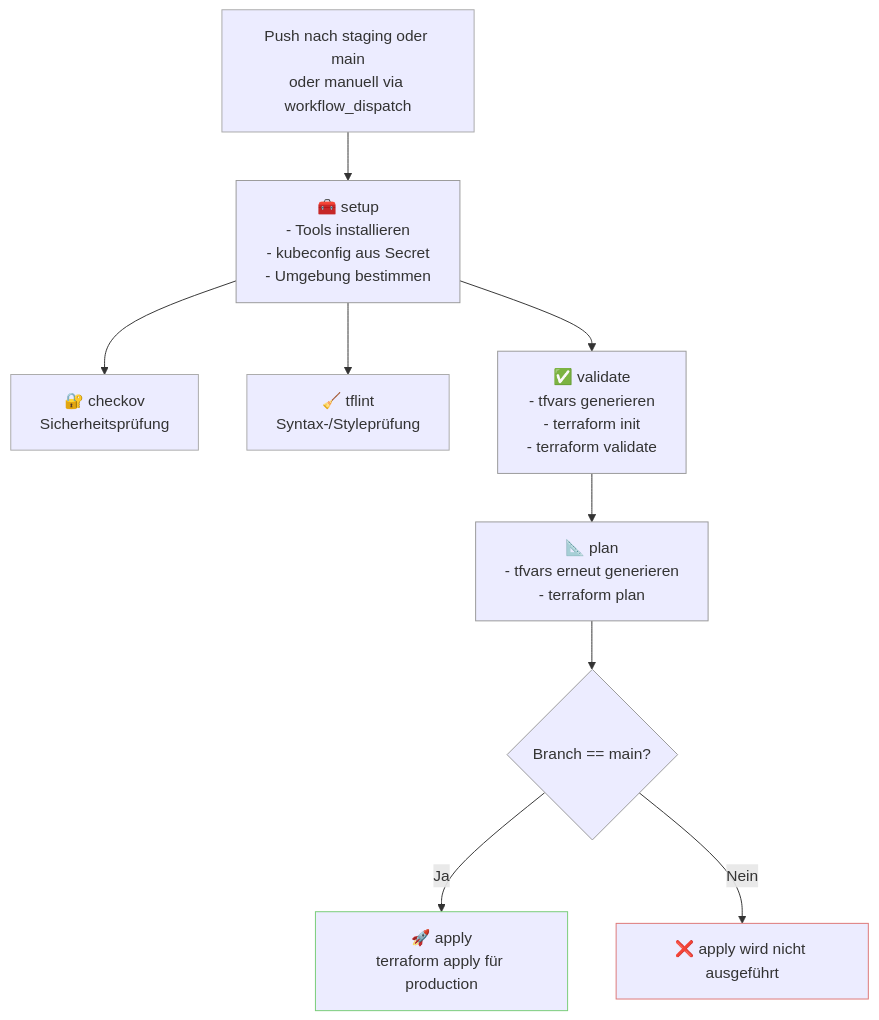
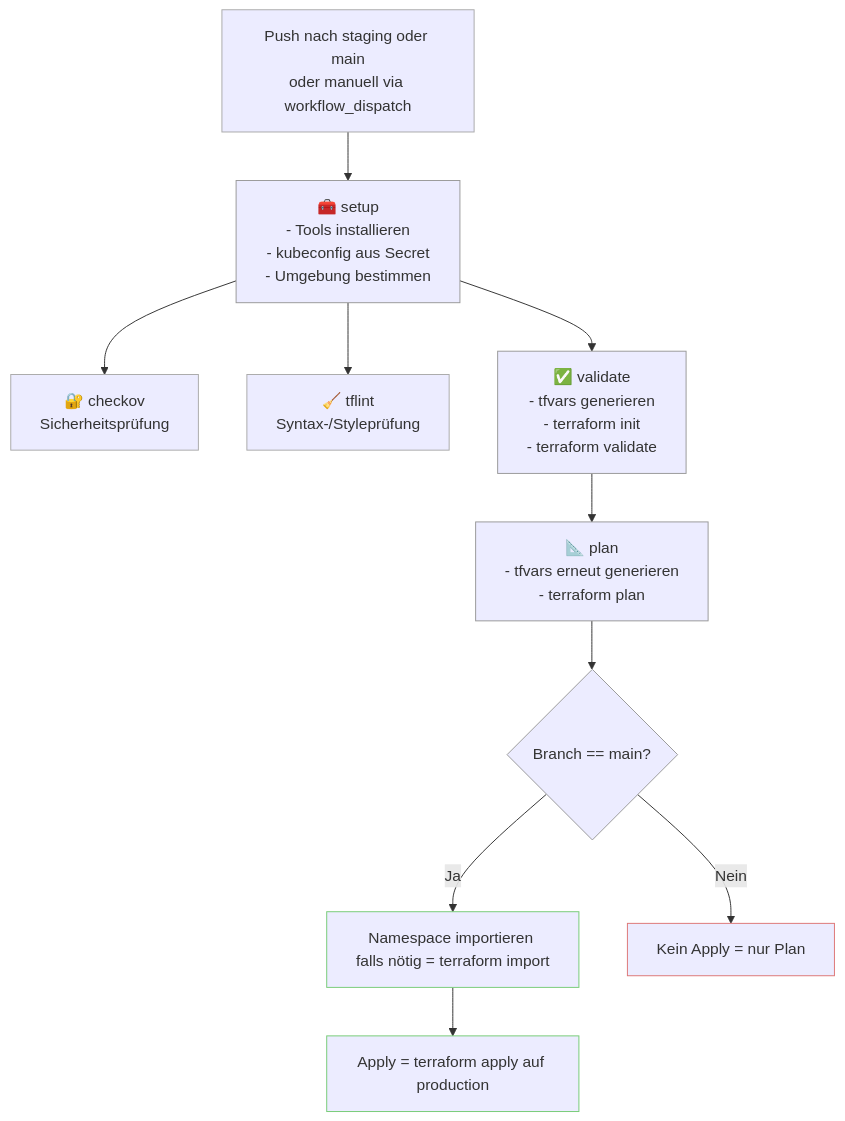
Before and after one commit to ElMed05/iac-cicd-k8s-namespace: the diagram in workflow_diagrame.md, drawn with Mermaid. The commit also changed other lines of this file and 2 other files, not shown here.

Commit message:
test26072025

````diff
--- a/workflow_diagrame.md
+++ b/workflow_diagrame.md
@@ -4,29 +4,32 @@
 ```mermaid
 
 flowchart TD
     A[Push nach staging oder main<br>oder manuell via workflow_dispatch] --> B[🧰 setup<br>- Tools installieren<br>- kubeconfig aus Secret<br>- Umgebung bestimmen]
 
     B --> C[🔐 checkov<br>Sicherheitsprüfung]
     B --> D[🧹 tflint<br>Syntax-/Styleprüfung]
 
     B --> E[✅ validate<br>- tfvars generieren<br>- terraform init<br>- terraform validate]
 
     E --> F[📐 plan<br>- tfvars erneut generieren<br>- terraform plan]
 
     F --> G{Branch == main?}
-    G -- Ja --> H[🚀 apply<br>terraform apply für production]
-    G -- Nein --> I[❌ apply wird nicht ausgeführt]
+    G -- Ja --> H[Namespace importieren falls nötig = terraform import]
+    H --> I[Apply = terraform apply auf production]
+    G -- Nein --> J[Kein Apply = nur Plan]
 
     style A fill:,stroke:#aaa
     style B fill:,stroke:#999
     style C fill:,stroke:#aaa
     style D fill:,stroke:#aaa
     style E fill:,stroke:#999
     style F fill:,stroke:#999
     style G fill:,stroke:#999
     style H fill:,stroke:#7c7
-    style I fill:,stroke:#d77
+    style I fill:,stroke:#7c7
+    style J fill:,stroke:#d77
+
 
 
 
 ```
````
